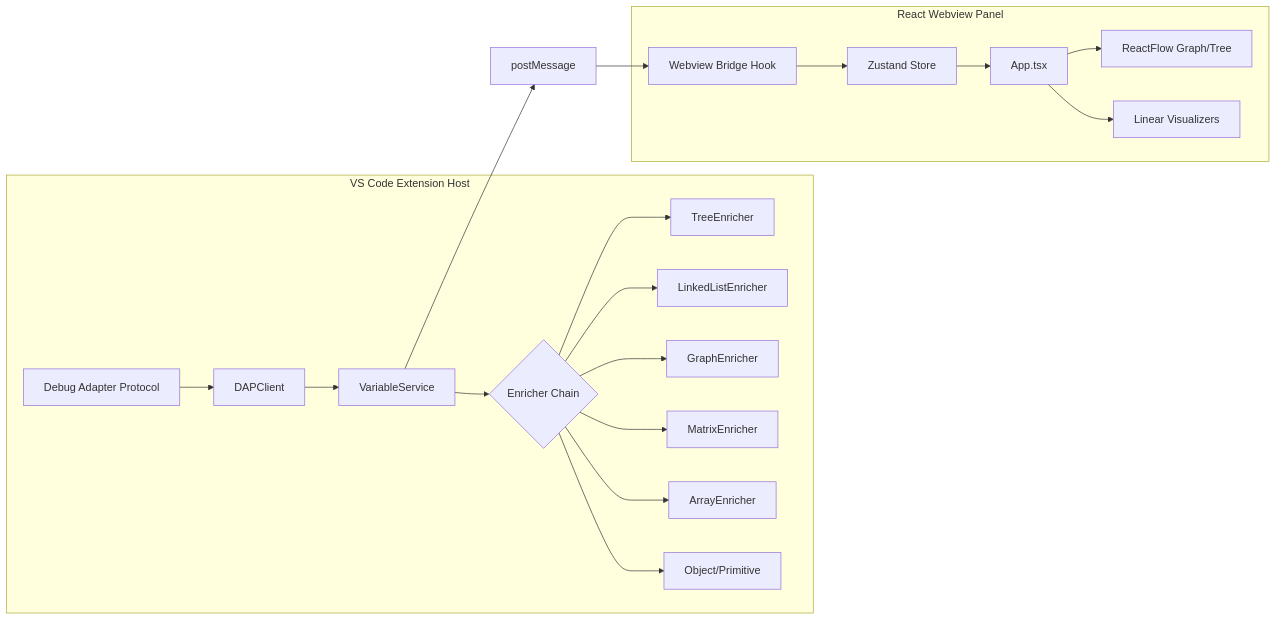
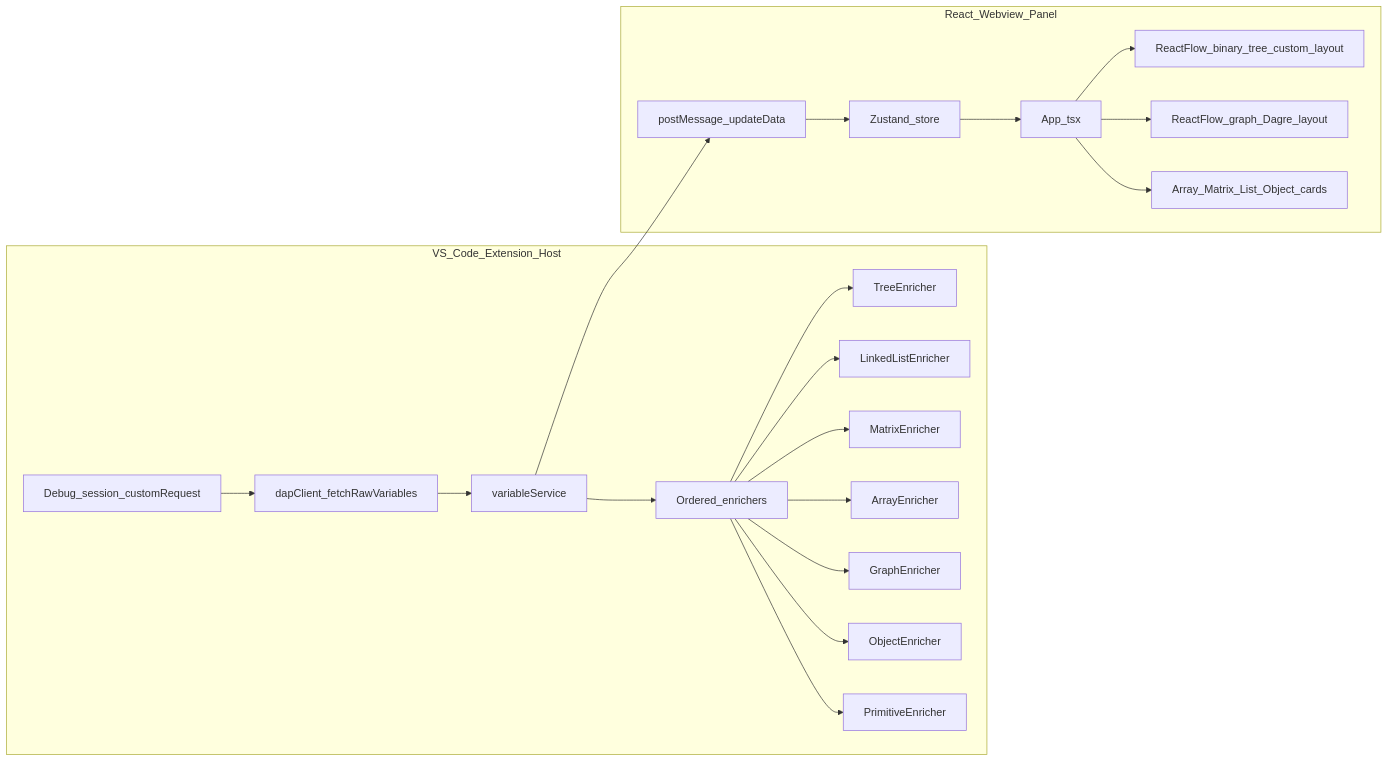
One commit to malekbenyousef/algovision changed the diagram in README.md. Above: the diagram before and after it, drawn with Mermaid. The commit also changed other lines of this file and 1 other file, not shown here.

````diff
--- a/README.md
+++ b/README.md
@@ -41,22 +79,23 @@
 ```mermaid
 graph LR
-    subgraph "VS Code Extension Host"
-        A[Debug Adapter Protocol] --> B[DAPClient]
-        B --> C[VariableService]
-        C --> D{Enricher Chain}
-        D --> E[TreeEnricher]
-        D --> F[LinkedListEnricher]
-        D --> G[GraphEnricher]
-        D --> H[MatrixEnricher]
-        D --> I[ArrayEnricher]
-        D --> J[Object/Primitive]
+    subgraph extHost [VS_Code_Extension_Host]
+        dbg[Debug_session_customRequest] --> dap[dapClient_fetchRawVariables]
+        dap --> vs[variableService]
+        vs --> chain[Ordered_enrichers]
+        chain --> e1[TreeEnricher]
+        chain --> e2[LinkedListEnricher]
+        chain --> e3[MatrixEnricher]
+        chain --> e4[ArrayEnricher]
+        chain --> e5[GraphEnricher]
+        chain --> e6[ObjectEnricher]
+        chain --> e7[PrimitiveEnricher]
     end
-    C --> K[postMessage]
-    K --> L[Webview Bridge Hook]
-    subgraph "React Webview Panel"
-        L --> M[Zustand Store]
-        M --> N[App.tsx]
-        N --> O[ReactFlow Graph/Tree]
-        N --> P[Linear Visualizers]
+    vs --> pm[postMessage_updateData]
+    subgraph webview [React_Webview_Panel]
+        pm --> zu[Zustand_store]
+        zu --> app[App_tsx]
+        app --> rfTree[ReactFlow_binary_tree_custom_layout]
+        app --> rfGraph[ReactFlow_graph_Dagre_layout]
+        app --> linear[Array_Matrix_List_Object_cards]
     end
 ```
````
